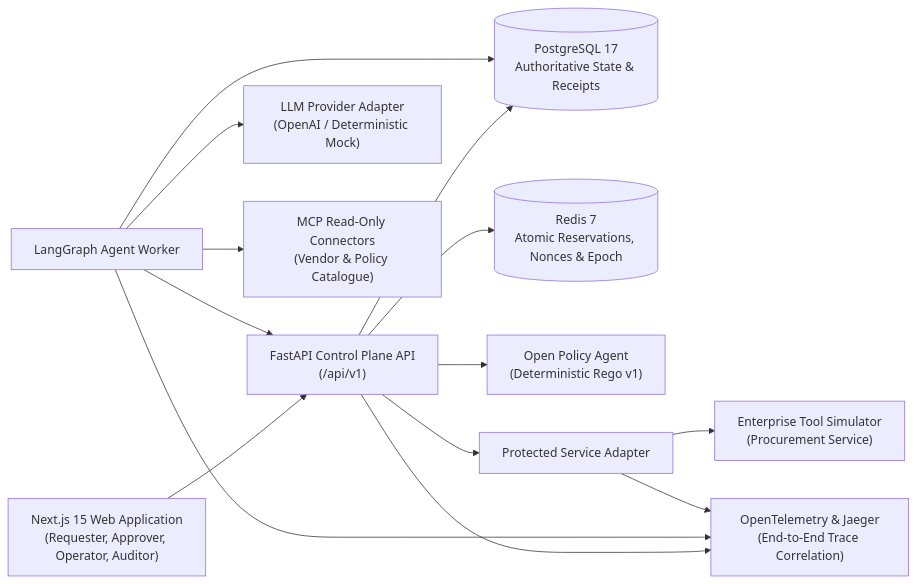
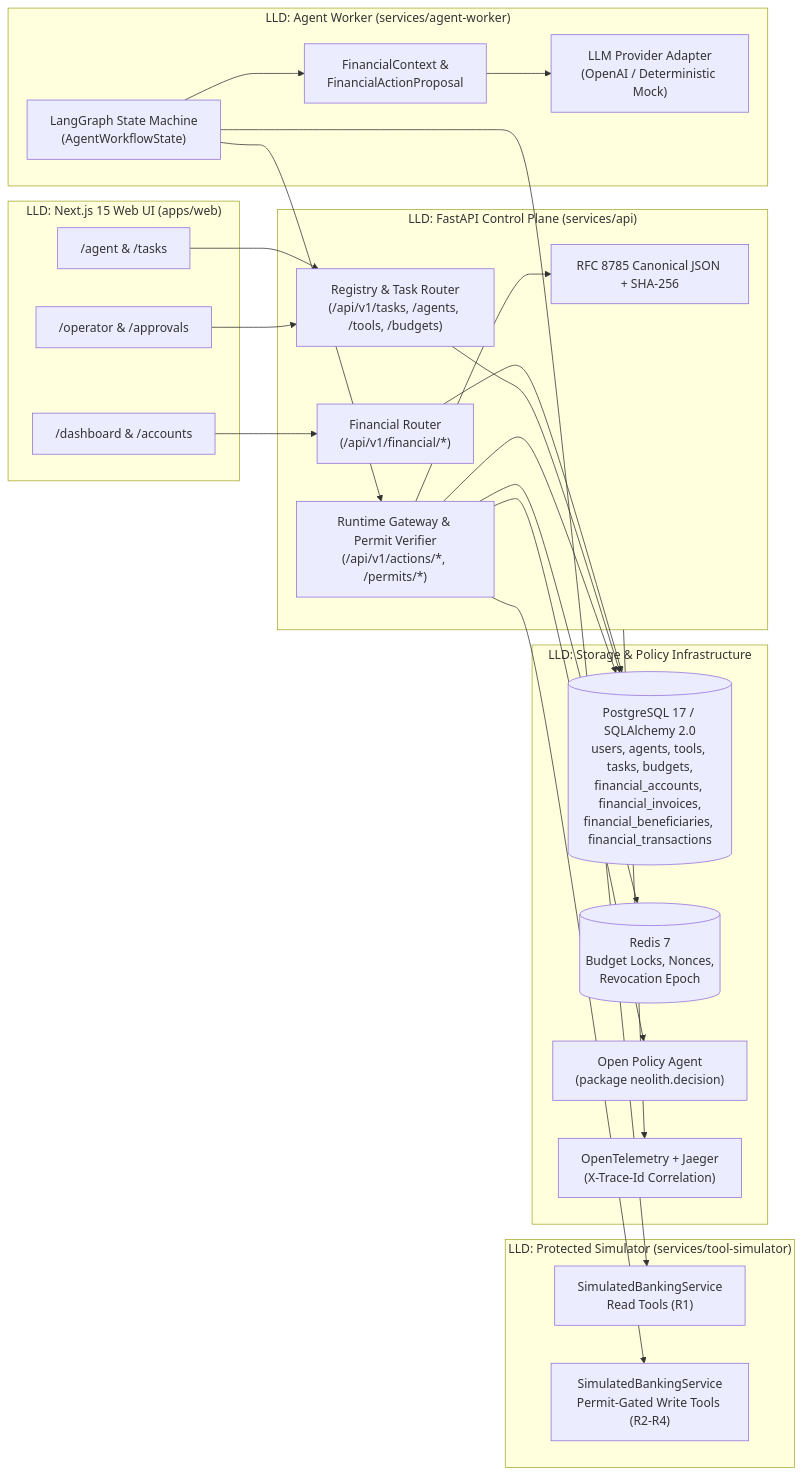
Before and after one commit to Dhruvg334/Neolith: the second of 4 diagrams in README.md, drawn with Mermaid. The commit also changed other lines of this file and 39 other files, not shown here.

Commit message:
feat(stage1): implement core ORM domain, financial sandbox, simulator, and UI routes

````diff
--- a/README.md
+++ b/README.md
@@ -83,19 +90,48 @@
 ```mermaid
 flowchart LR
-    Browser["Next.js 15 Web Application<br/>(Requester, Approver, Operator, Auditor)"] --> API["FastAPI Control Plane API<br/>(/api/v1)"]
-    Worker["LangGraph Agent Worker"] --> API
+    subgraph Web["LLD: Next.js 15 Web UI (apps/web)"]
+        UI_Dash["/dashboard & /accounts"]
+        UI_Agent["/agent & /tasks"]
+        UI_Op["/operator & /approvals"]
+    end
 
-    API --> PG[("PostgreSQL 17<br/>Authoritative State & Receipts")]
-    API --> Redis[("Redis 7<br/>Atomic Reservations, Nonces & Epoch")]
-    API --> OPA["Open Policy Agent<br/>(Deterministic Rego v1)"]
-    API --> Adapter["Protected Service Adapter"]
+    subgraph API["LLD: FastAPI Control Plane (services/api)"]
+        R_Fin["Financial Router<br/>(/api/v1/financial/*)"]
+        R_Reg["Registry & Task Router<br/>(/api/v1/tasks, /agents, /tools, /budgets)"]
+        R_Gov["Runtime Gateway & Permit Verifier<br/>(/api/v1/actions/*, /permits/*)"]
+        Hash["RFC 8785 Canonical JSON + SHA-256"]
+    end
 
-    Worker --> LLM["LLM Provider Adapter<br/>(OpenAI / Deterministic Mock)"]
-    Worker --> MCP["MCP Read-Only Connectors<br/>(Vendor & Policy Catalogue)"]
-    Worker --> PG
+    subgraph Worker["LLD: Agent Worker (services/agent-worker)"]
+        LG["LangGraph State Machine<br/>(AgentWorkflowState)"]
+        FC["FinancialContext &<br/>FinancialActionProposal"]
+        LLM["LLM Provider Adapter<br/>(OpenAI / Deterministic Mock)"]
+    end
 
-    Adapter --> Sim["Enterprise Tool Simulator<br/>(Procurement Service)"]
-    API --> OTel["OpenTelemetry & Jaeger<br/>(End-to-End Trace Correlation)"]
-    Worker --> OTel
-    Adapter --> OTel
+    subgraph Sim["LLD: Protected Simulator (services/tool-simulator)"]
+        BankR["SimulatedBankingService<br/>Read Tools (R1)"]
+        BankW["SimulatedBankingService<br/>Permit-Gated Write Tools (R2-R4)"]
+    end
+
+    subgraph Infra["LLD: Storage & Policy Infrastructure"]
+        PG[("PostgreSQL 17 / SQLAlchemy 2.0<br/>users, agents, tools, tasks, budgets,<br/>financial_accounts, financial_invoices,<br/>financial_beneficiaries, financial_transactions")]
+        Redis[("Redis 7<br/>Budget Locks, Nonces,<br/>Revocation Epoch")]
+        OPA["Open Policy Agent<br/>(package neolith.decision)"]
+        OTel["OpenTelemetry + Jaeger<br/>(X-Trace-Id Correlation)"]
+    end
+
+    UI_Dash --> R_Fin
+    UI_Agent --> R_Reg
+    UI_Op --> R_Reg
+    LG --> FC --> LLM
+    LG --> BankR
+    LG --> R_Gov
+    R_Fin --> PG
+    R_Reg --> PG
+    R_Gov --> Hash
+    R_Gov --> OPA
+    R_Gov --> Redis
+    R_Gov --> PG
+    R_Gov --> BankW
+    API --> OTel
 ```
````
